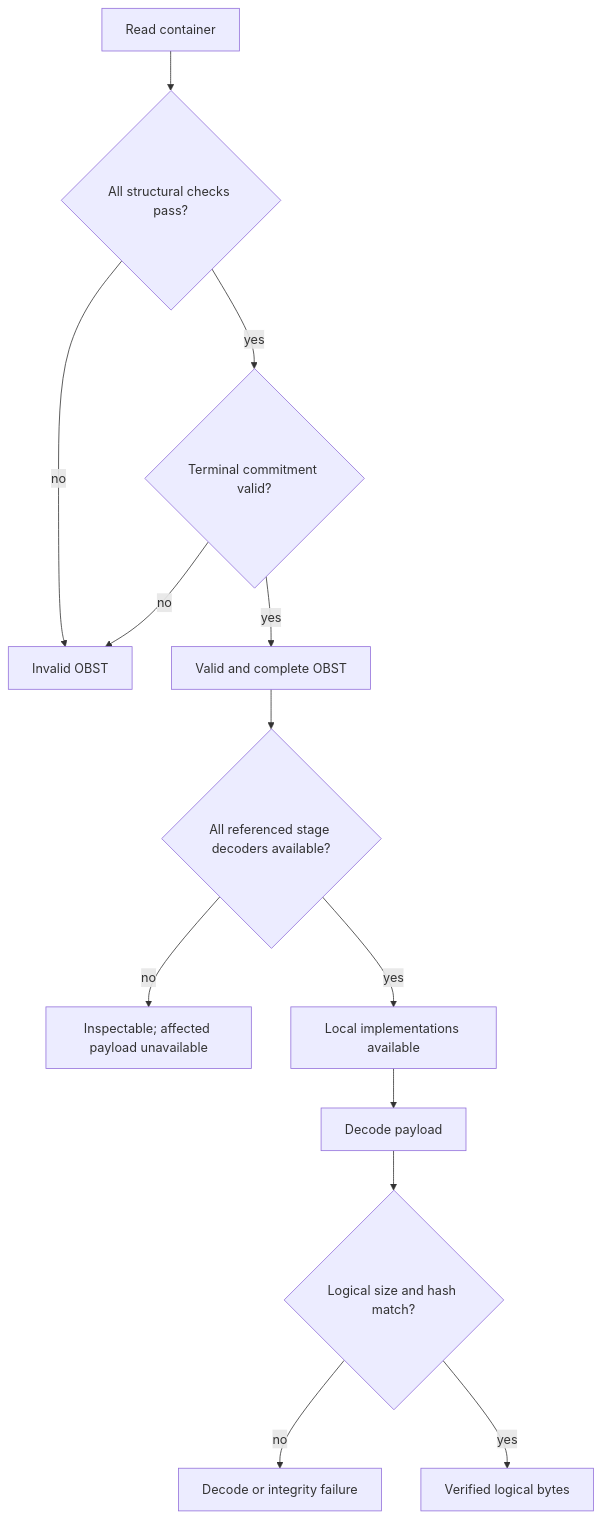
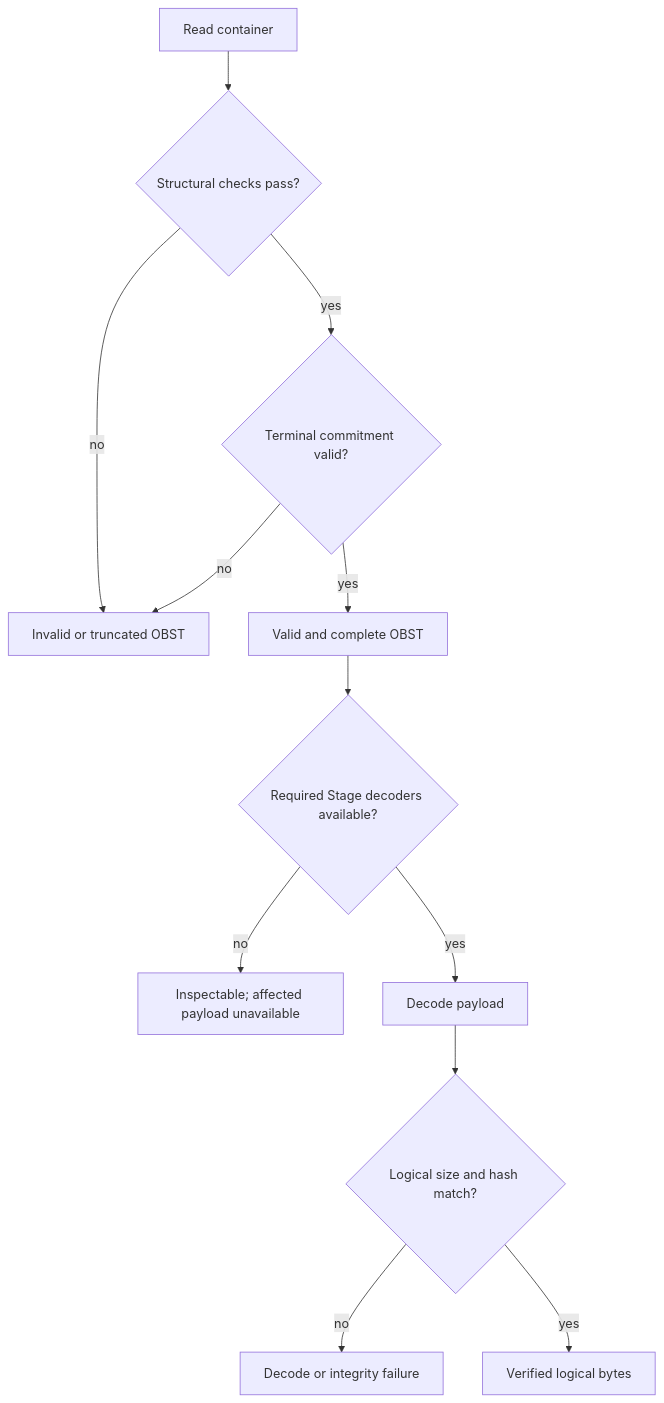
One commit to SmolBlackHole/Obst changed the diagram in docs/format.md. Above: the diagram before and after it, drawn with Mermaid. The commit also changed other lines of this file and 73 other files, not shown here.

````diff
--- a/docs/format.md
+++ b/docs/format.md
@@ -330,15 +368,14 @@
 ```mermaid
 flowchart TD
-    Read["Read container"] --> Structure{"All structural checks pass?"}
-    Structure -->|no| Invalid["Invalid OBST"]
+    Read["Read container"] --> Structure{"Structural checks pass?"}
+    Structure -->|no| Invalid["Invalid or truncated OBST"]
     Structure -->|yes| Commit{"Terminal commitment valid?"}
     Commit -->|no| Invalid
     Commit -->|yes| Valid["Valid and complete OBST"]
-    Valid --> Capability{"All referenced stage decoders available?"}
+    Valid --> Capability{"Required Stage decoders available?"}
     Capability -->|no| Inspectable["Inspectable; affected payload unavailable"]
-    Capability -->|yes| Available["Local implementations available"]
-    Available --> Attempt["Decode payload"]
+    Capability -->|yes| Attempt["Decode payload"]
     Attempt --> Verify{"Logical size and hash match?"}
     Verify -->|no| Failure["Decode or integrity failure"]
     Verify -->|yes| Logical["Verified logical bytes"]
 ```
````
